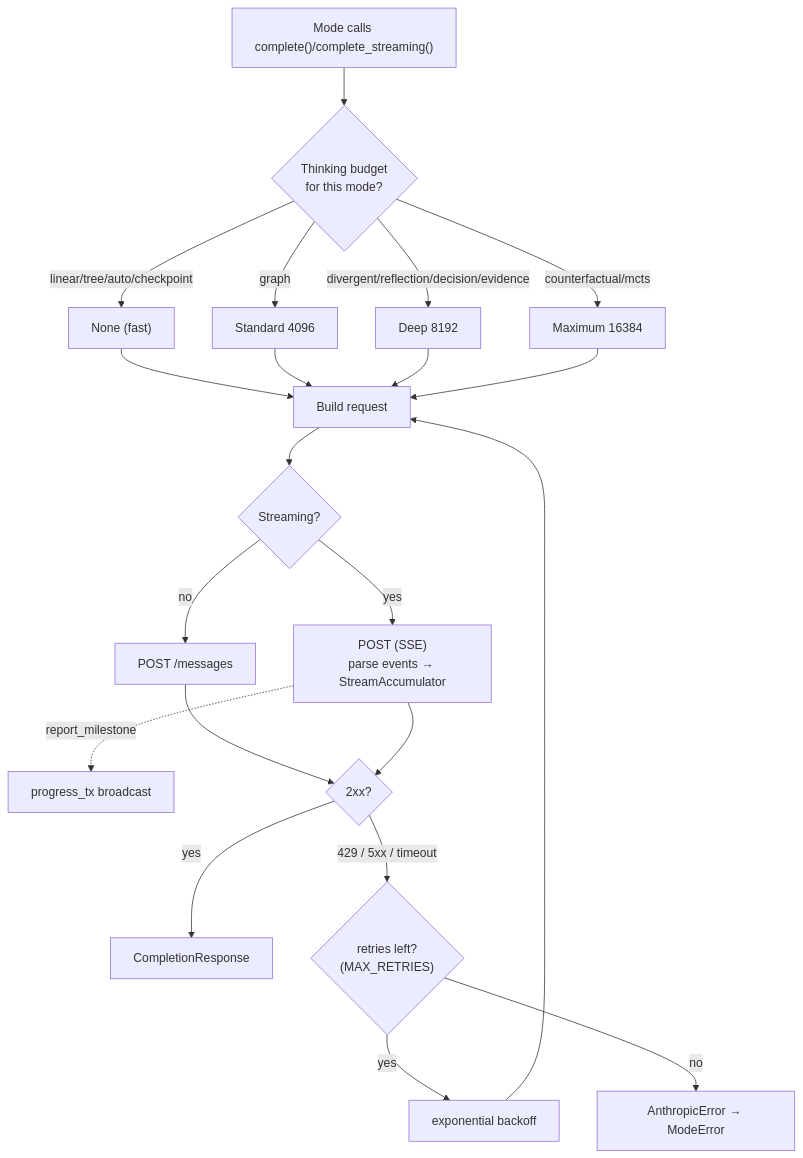
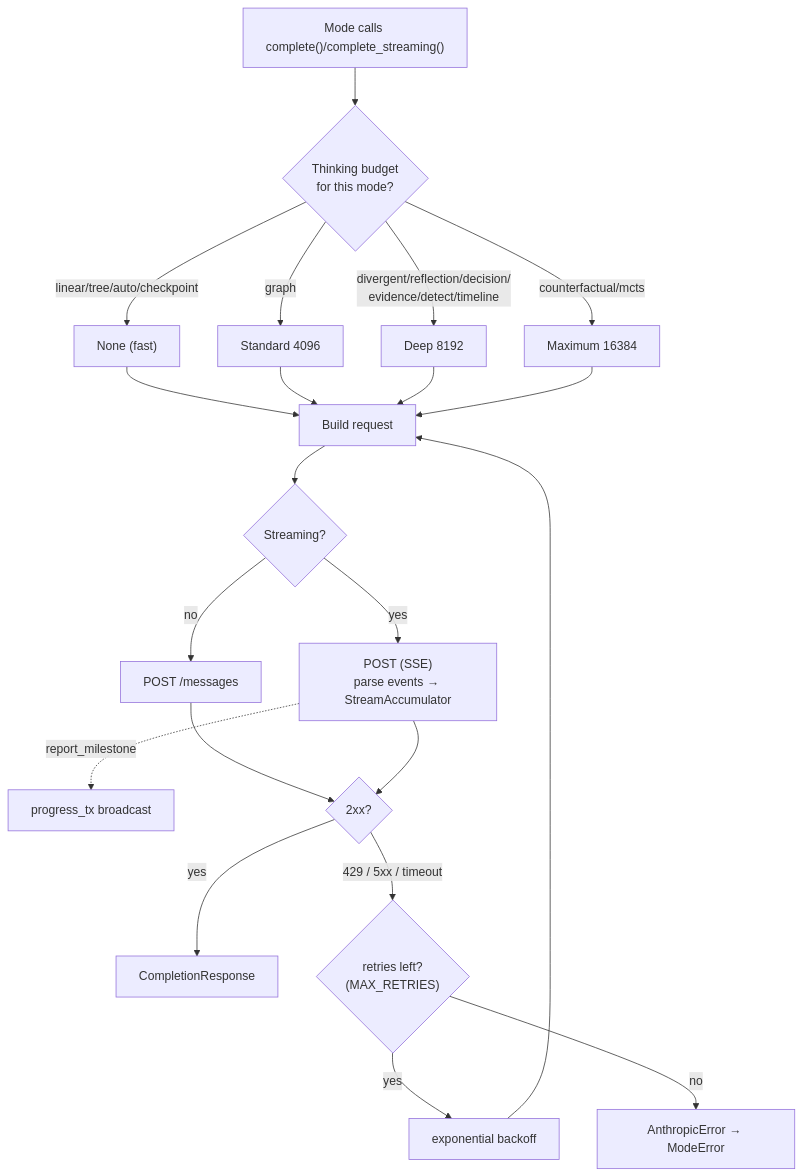
One commit to quanticsoul4772/mcp-reasoning changed the third of 8 diagrams in docs/reference/END_TO_END_FLOW.md. Above: the diagram before and after it, drawn with Mermaid. The commit also changed other lines of this file, not shown here.

First line of the commit message:
docs: fix e2e-flow accuracy findings from review

````diff
--- a/docs/reference/END_TO_END_FLOW.md
+++ b/docs/reference/END_TO_END_FLOW.md
@@ -116,25 +118,25 @@
 ```mermaid
 flowchart TD
     Start["Mode calls complete()/complete_streaming()"] --> Budget{"Thinking budget<br/>for this mode?"}
     Budget -->|"linear/tree/auto/checkpoint"| None["None (fast)"]
     Budget -->|"graph"| Std["Standard 4096"]
-    Budget -->|"divergent/reflection/decision/evidence"| Deep["Deep 8192"]
+    Budget -->|"divergent/reflection/decision/<br/>evidence/detect/timeline"| Deep["Deep 8192"]
     Budget -->|"counterfactual/mcts"| Max["Maximum 16384"]
 
     None --> Build
     Std --> Build
     Deep --> Build
     Max --> Build["Build request"]
 
     Build --> Stream{"Streaming?"}
     Stream -->|"no"| Post["POST /messages"]
     Stream -->|"yes"| SSE["POST (SSE)<br/>parse events → StreamAccumulator"]
     SSE -.->|"report_milestone"| Bus["progress_tx broadcast"]
 
     Post --> Resp{"2xx?"}
     SSE --> Resp
     Resp -->|"yes"| Done["CompletionResponse"]
     Resp -->|"429 / 5xx / timeout"| Retry{"retries left?<br/>(MAX_RETRIES)"}
     Retry -->|"yes"| Backoff["exponential backoff"] --> Build
     Retry -->|"no"| Err["AnthropicError → ModeError"]
 ```
````
